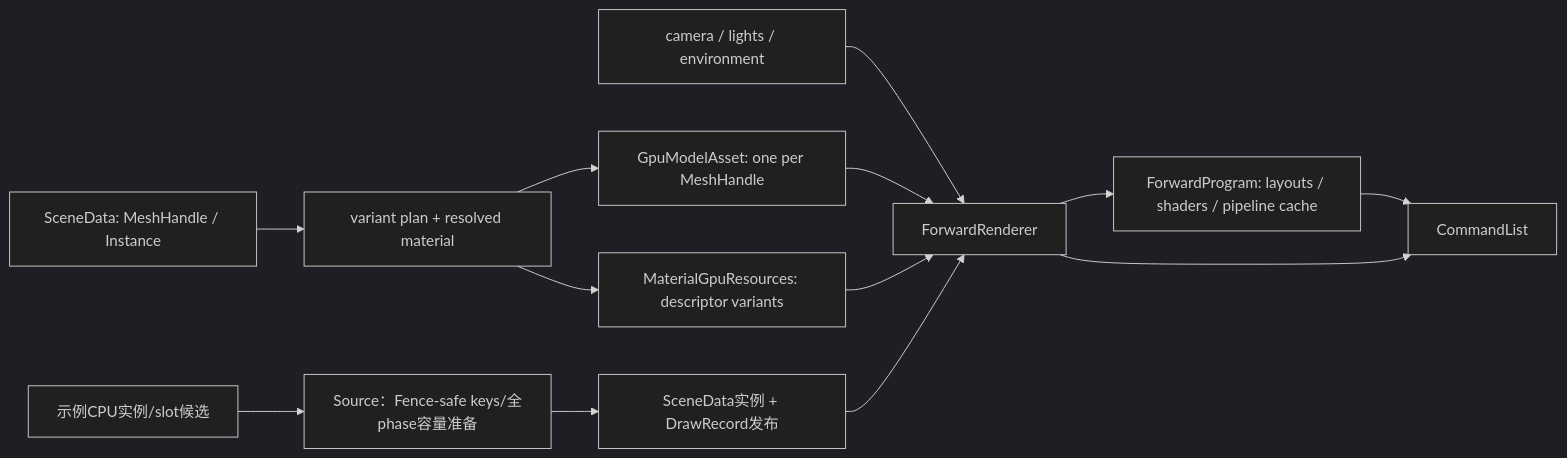
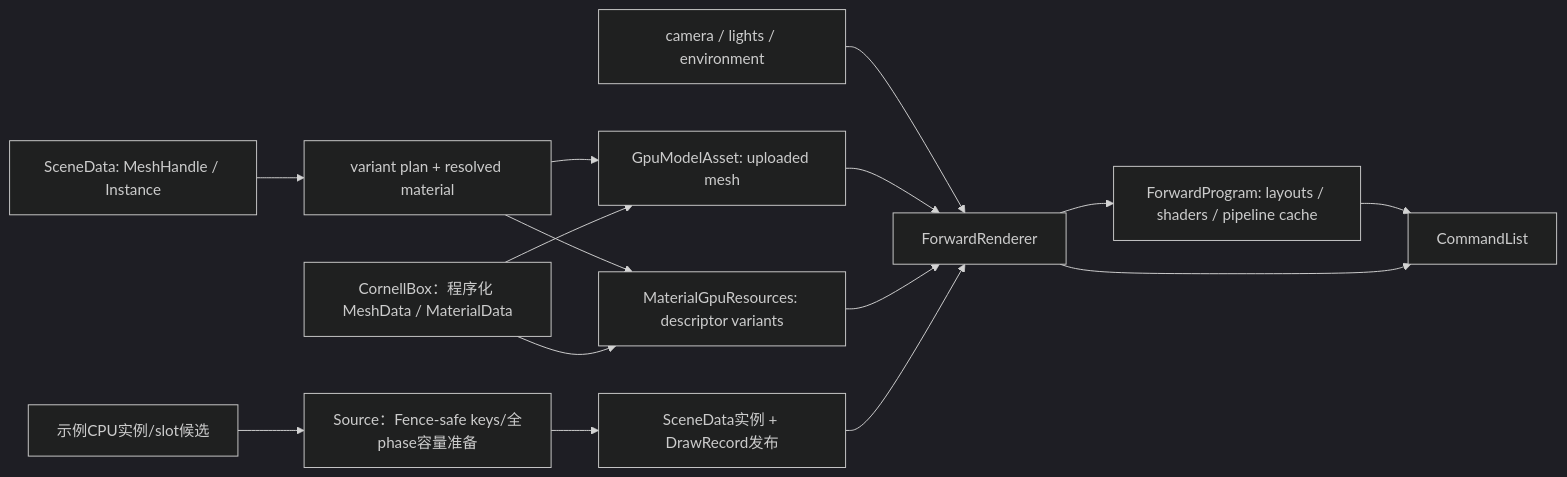
The diagram in docs/design/11-forward-rendering.md (Cyberyb/KuEngine), drawn with Mermaid (dark theme) before and after one commit. The commit also changed other lines of this file and 74 other files, not shown here.

````diff
--- a/docs/design/11-forward-rendering.md
+++ b/docs/design/11-forward-rendering.md
@@ -13,15 +13,17 @@
 ```mermaid
 flowchart LR
     Scene["SceneData: MeshHandle / Instance"] --> Plan["variant plan + resolved material"]
-    Plan --> Mesh["GpuModelAsset: one per MeshHandle"]
+    Plan --> Mesh["GpuModelAsset: uploaded mesh"]
     Plan --> Material["MaterialGpuResources: descriptor variants"]
+    Procedural["CornellBox：程序化 MeshData / MaterialData"] --> Mesh
+    Procedural --> Material
     View["camera / lights / environment"] --> Renderer["ForwardRenderer"]
     Mesh --> Renderer
     Material --> Renderer
     Edit["示例CPU实例/slot候选"] --> Safe["Source：Fence-safe keys/全phase容量准备"]
     Safe --> Data["SceneData实例 + DrawRecord发布"]
     Data --> Renderer
     Renderer --> Program["ForwardProgram: layouts / shaders / pipeline cache"]
     Program --> Cmd["CommandList"]
     Renderer --> Cmd
 ```
````
